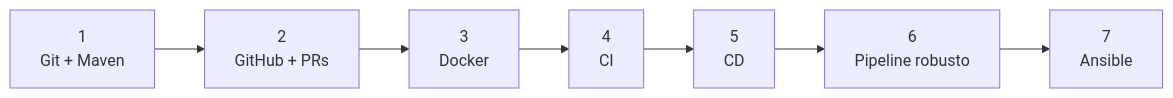
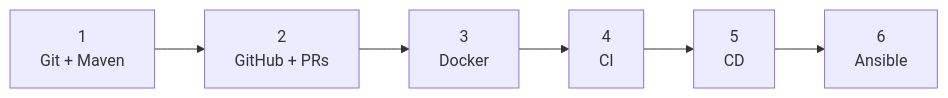
Before and after one commit to practicas-continuas-umu/apuntes: the third of 6 diagrams in content/practicas/boletin0-guia-del-curso.md, drawn with Mermaid. The commit also changed other lines of this file and 4 other files, not shown here.

````diff
--- a/content/practicas/boletin0-guia-del-curso.md
+++ b/content/practicas/boletin0-guia-del-curso.md
@@ -63,4 +63,4 @@
 ```mermaid
 flowchart LR
-    B1["1<br/>Git + Maven"] --> B2["2<br/>GitHub + PRs"] --> B3["3<br/>Docker"] --> B4["4<br/>CI"] --> B5["5<br/>CD"] --> B6["6<br/>Pipeline robusto"] --> B7["7<br/>Ansible"]
+    B1["1<br/>Git + Maven"] --> B2["2<br/>GitHub + PRs"] --> B3["3<br/>Docker"] --> B4["4<br/>CI"] --> B5["5<br/>CD"] --> B6["6<br/>Ansible"]
 ```
````
